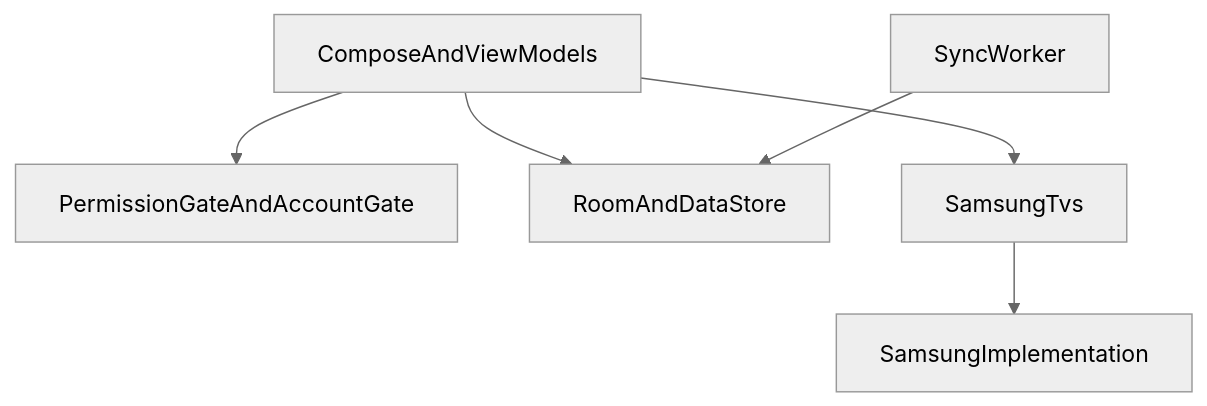
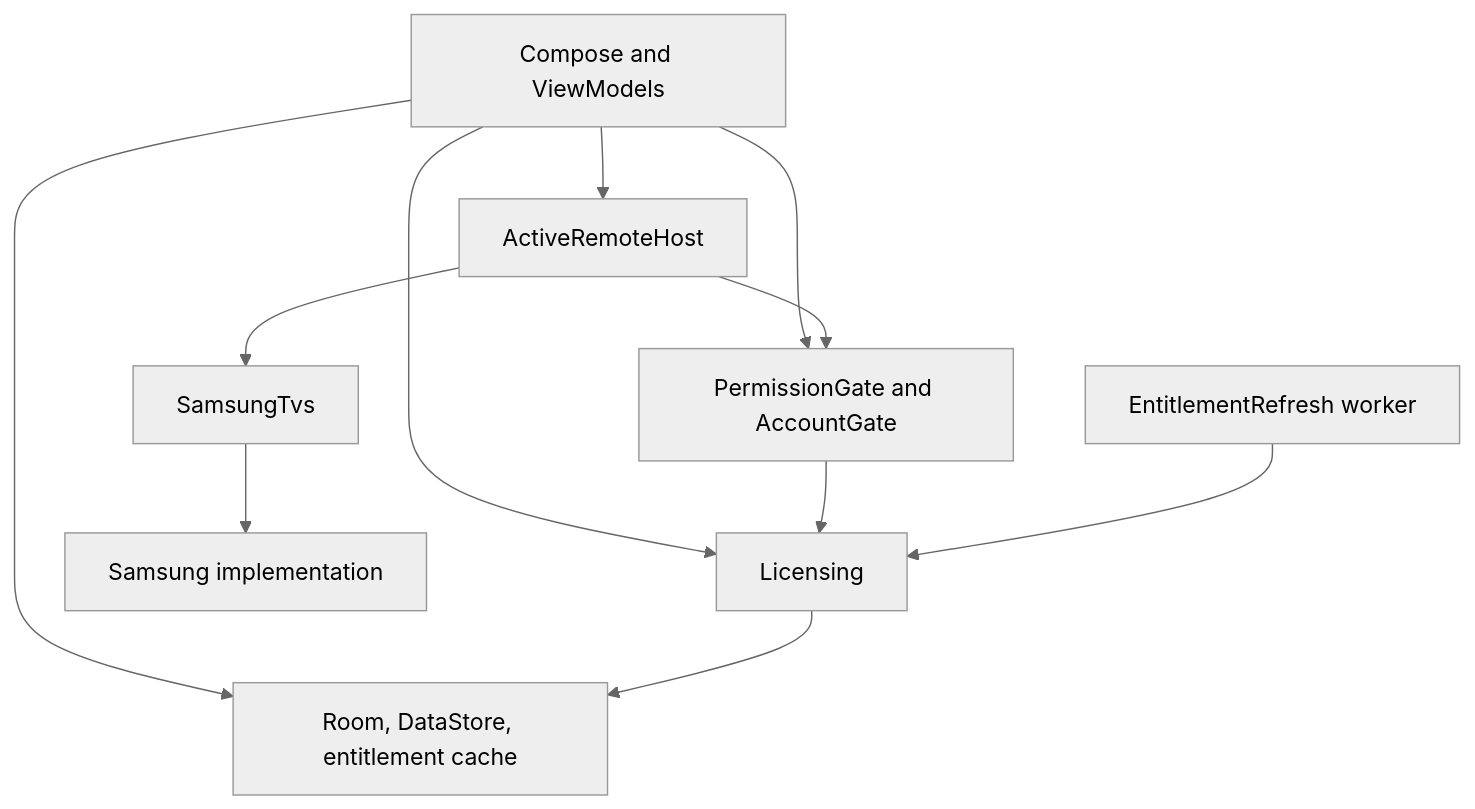
One commit to anthracite-labs/AppT changed the second of 2 diagrams in docs/architecture/modules.md. Above: the diagram before and after it, drawn with Mermaid (neutral theme). The commit also changed other lines of this file and 22 other files, not shown here.

First line of the commit message:
Complete V1 architecture closure and rebuild implementation slice map

````diff
--- a/docs/architecture/modules.md
+++ b/docs/architecture/modules.md
@@ -75,14 +102,21 @@
 ```mermaid
 flowchart TD
-  ui[ComposeAndViewModels]
-  gates[PermissionGateAndAccountGate]
-  local[RoomAndDataStore]
-  sync[SyncWorker]
-  iface[SamsungTvs]
-  impl[SamsungImplementation]
+  ui["Compose and ViewModels"]
+  gates["PermissionGate and AccountGate"]
+  host["ActiveRemoteHost"]
+  local["Room, DataStore, entitlement cache"]
+  licensing["Licensing"]
+  work["EntitlementRefresh worker"]
+  iface["SamsungTvs"]
+  impl["Samsung implementation"]
   ui --> gates
   ui --> local
-  ui --> iface
-  sync --> local
+  ui --> licensing
+  ui --> host
+  gates --> licensing
+  host --> gates
+  host --> iface
+  licensing --> local
+  work --> licensing
   iface --> impl
 ```
````
